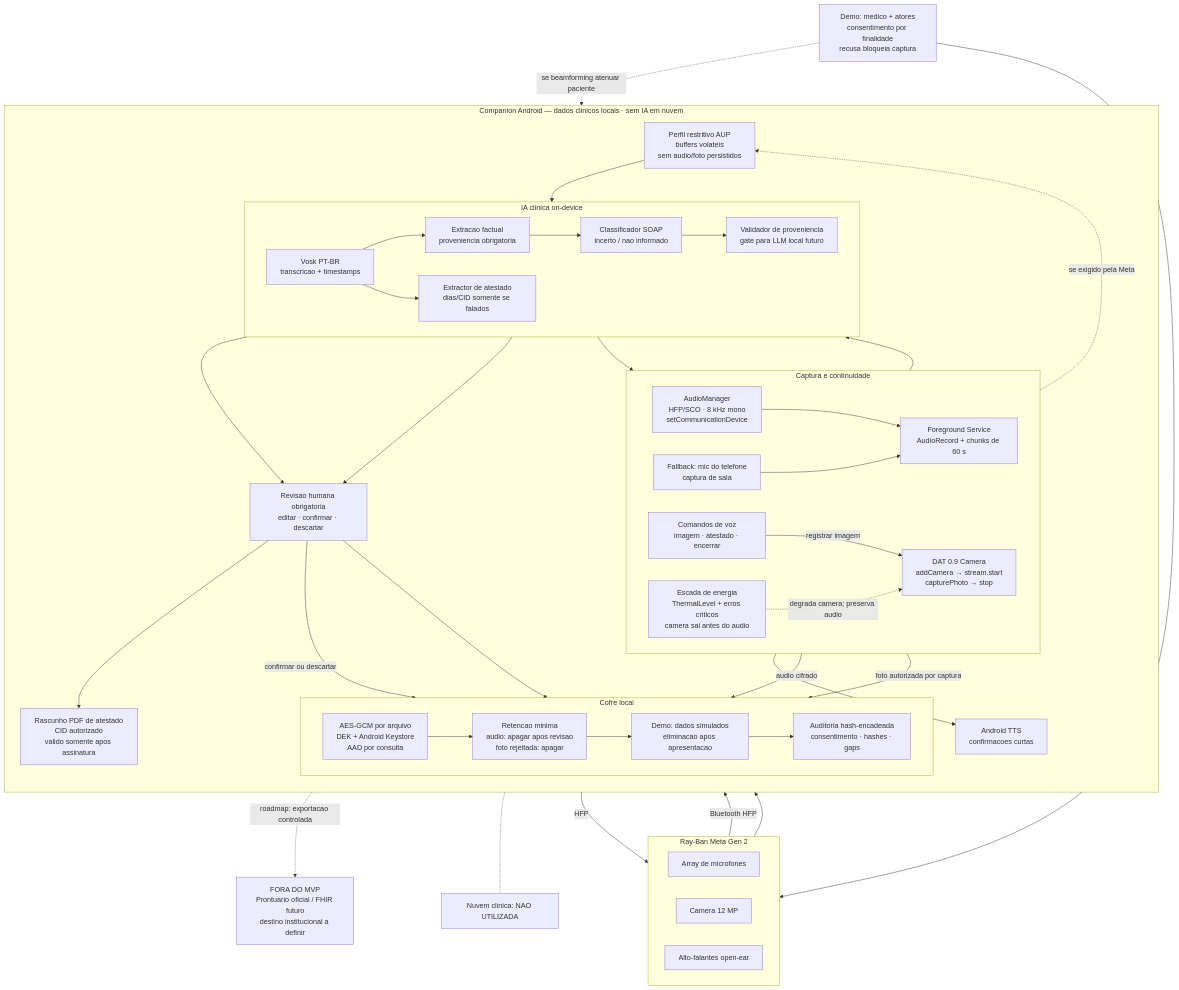
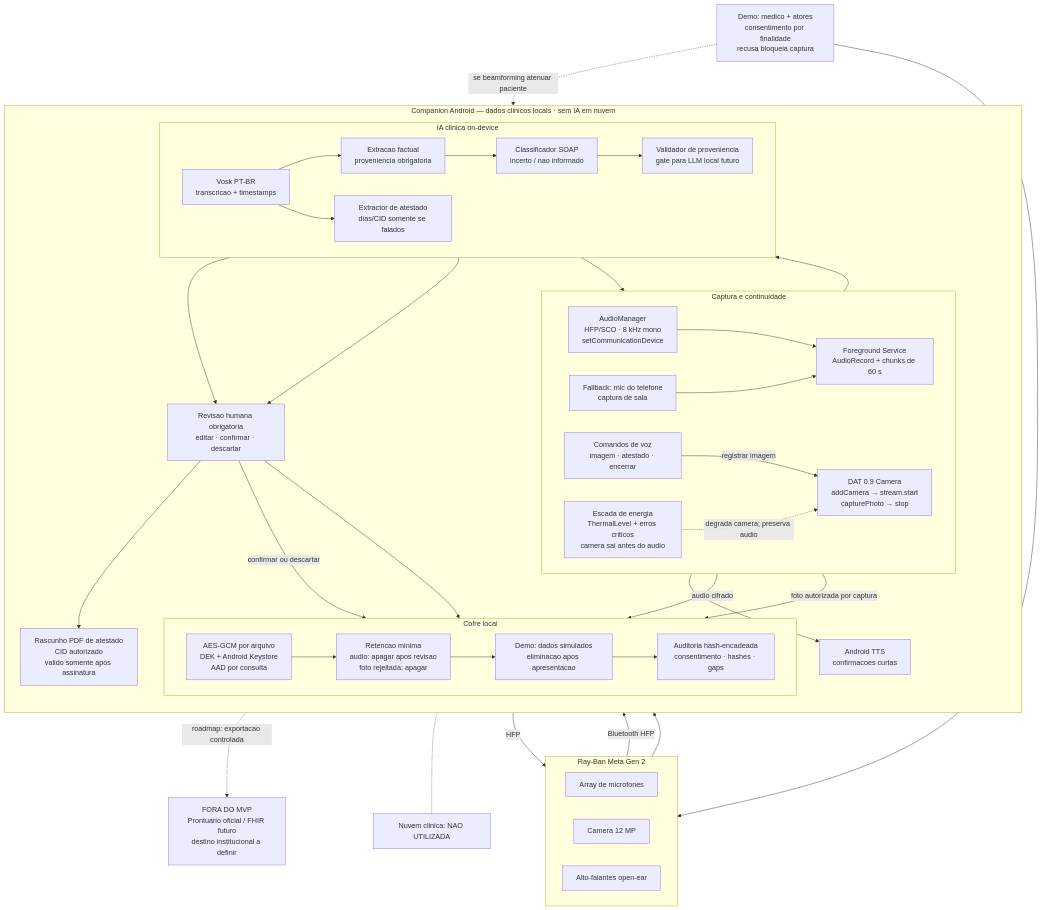
Before and after one commit to marcospaulo429/meta-glasses: the diagram in docs/entrega/arquitetura.mmd, drawn with Mermaid. The commit also changed 4 other files, not shown here.

First line of the commit message:
docs(delivery): use one conservative MVP architecture

```diff
--- a/docs/entrega/arquitetura.mmd
+++ b/docs/entrega/arquitetura.mmd
@@ -1,75 +1,72 @@
 flowchart TB
     USER["Demo: medico + atores<br/>consentimento por finalidade<br/>recusa bloqueia captura"]
 
     subgraph GLASSES["Ray-Ban Meta Gen 2"]
         direction LR
         MIC["Array de microfones"]
         CAM["Camera 12 MP"]
         SPK["Alto-falantes open-ear"]
     end
 
     subgraph ANDROID["Companion Android — dados clinicos locais · sem IA em nuvem"]
         direction TB
         subgraph CAPTURE["Captura e continuidade"]
             direction LR
             ROUTE["AudioManager<br/>HFP/SCO · 8 kHz mono<br/>setCommunicationDevice"]
             ROOM["Fallback: mic do telefone<br/>captura de sala"]
             REC["Foreground Service<br/>AudioRecord + chunks de 60 s"]
             COMMANDS["Comandos de voz<br/>imagem · atestado · encerrar"]
             DAT["DAT 0.9 Camera<br/>addCamera → stream.start<br/>capturePhoto → stop"]
             ENERGY["Escada de energia<br/>ThermalLevel + erros criticos<br/>camera sai antes do audio"]
         end
 
         subgraph AI["IA clinica on-device"]
             direction LR
             ASR["Vosk PT-BR<br/>transcricao + timestamps"]
             FACTS["Extracao factual<br/>proveniencia obrigatoria"]
             SOAP["Classificador SOAP<br/>incerto / nao informado"]
             VALID["Validador de proveniencia<br/>gate para LLM local futuro"]
             CERT["Extractor de atestado<br/>dias/CID somente se falados"]
         end
 
         TTS["Android TTS<br/>confirmacoes curtas"]
 
         subgraph VAULT["Cofre local"]
             direction LR
             CRYPTO["AES-GCM por arquivo<br/>DEK + Android Keystore<br/>AAD por consulta"]
             RETENTION["Retencao minima<br/>audio: apagar apos revisao<br/>foto rejeitada: apagar"]
             DEMODATA["Demo: dados simulados<br/>eliminacao apos apresentacao"]
             AUDIT["Auditoria hash-encadeada<br/>consentimento · hashes · gaps"]
         end
 
-        AUPMODE["Perfil restritivo AUP<br/>buffers volateis<br/>sem audio/foto persistidos"]
         REVIEW["Revisao humana obrigatoria<br/>editar · confirmar · descartar"]
         PDF["Rascunho PDF de atestado<br/>CID autorizado<br/>valido somente apos assinatura"]
     end
 
     EHR["FORA DO MVP<br/>Prontuario oficial / FHIR futuro<br/>destino institucional a definir"]
 
     USER --> MIC
     MIC -->|"Bluetooth HFP"| ROUTE
     USER -. "se beamforming atenuar paciente" .-> ROOM
     ROUTE --> REC
     ROOM --> REC
     REC --> ASR
     REC -->|"audio cifrado"| CRYPTO
-    REC -. "se exigido pela Meta" .-> AUPMODE
-    AUPMODE --> ASR
     ASR --> COMMANDS
     ASR --> FACTS --> SOAP --> VALID
     ASR --> CERT
     COMMANDS -->|"registrar imagem"| DAT
     CAM --> DAT
     DAT -->|"foto autorizada por captura"| CRYPTO
     ENERGY -. "degrada camera; preserva audio" .-> DAT
     COMMANDS --> TTS -->|"HFP"| SPK
     VALID --> REVIEW
     CERT --> REVIEW
     CRYPTO --> RETENTION --> DEMODATA --> AUDIT
     REVIEW -->|"confirmar ou descartar"| RETENTION
     REVIEW --> CRYPTO
     REVIEW --> PDF
     REVIEW -. "roadmap: exportacao controlada" .-> EHR
 
     CLOUD["Nuvem clinica: NAO UTILIZADA"]
     ANDROID -.- CLOUD
```
